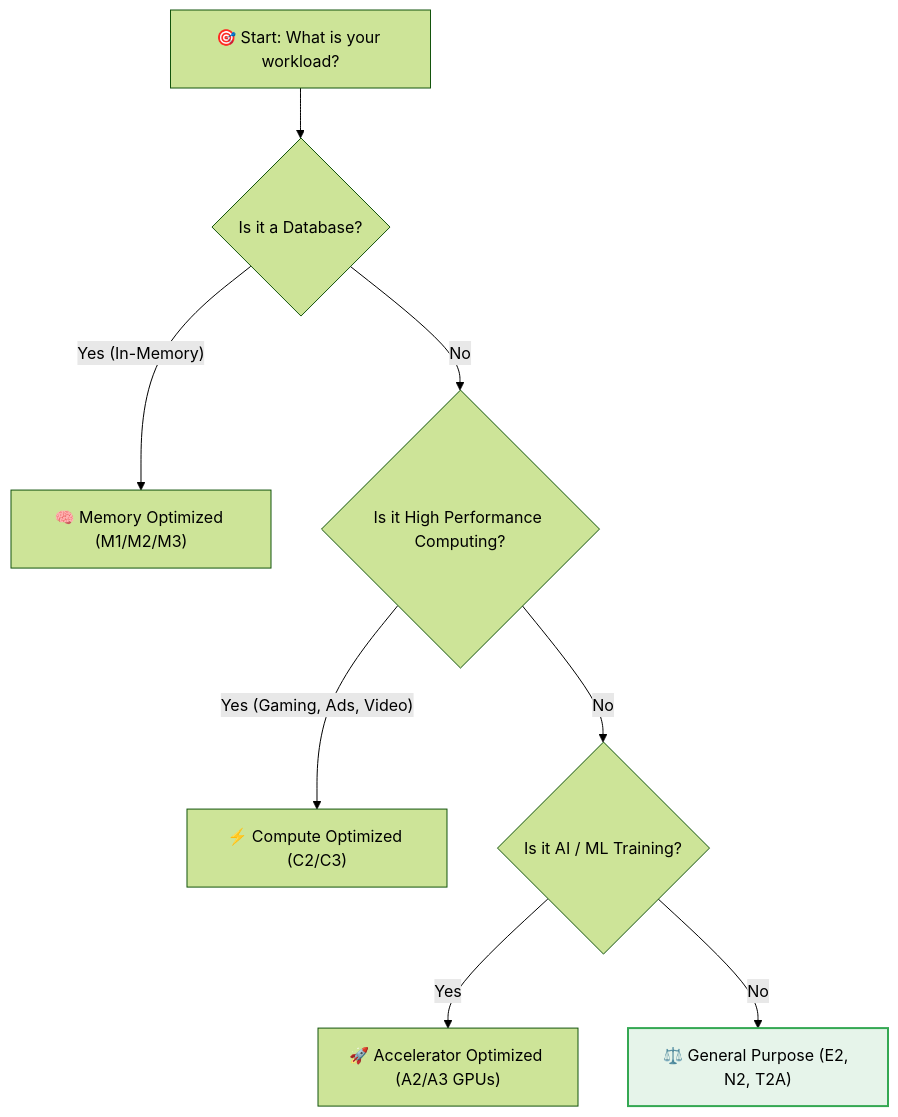
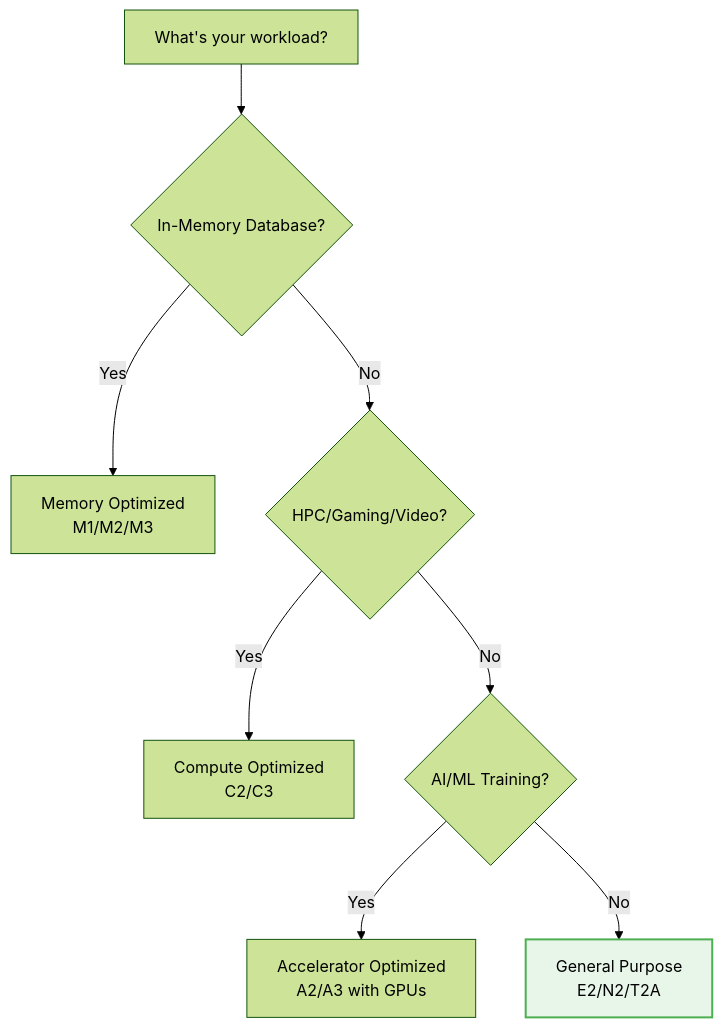
Before and after one commit to jyothivempa/gcp-study-plan: the first of 3 diagrams in curriculum/content/section_4_compute_engine.md, drawn with Mermaid (forest theme). The commit also changed other lines of this file and 84 other files, not shown here.

````diff
--- a/curriculum/content/section_4_compute_engine.md
+++ b/curriculum/content/section_4_compute_engine.md
@@ -23,12 +56,14 @@
 ```mermaid
-graph TD
-    Start["🎯 Start: What is your workload?"] --> Q1{"Is it a Database?"}
-    Q1 -- "Yes (In-Memory)" --> M["🧠 Memory Optimized (M1/M2/M3)"]
-    Q1 -- "No" --> Q2{"Is it High Performance Computing?"}
-    Q2 -- "Yes (Gaming, Ads, Video)" --> C["⚡ Compute Optimized (C2/C3)"]
-    Q2 -- "No" --> Q3{"Is it AI / ML Training?"}
-    Q3 -- "Yes" --> A["🚀 Accelerator Optimized (A2/A3 GPUs)"]
-    Q3 -- "No" --> E["⚖️ General Purpose (E2, N2, T2A)"]
+flowchart TD
+    A[What's your workload?] --> B{In-Memory Database?}
+    B -->|Yes| M[Memory Optimized<br/>M1/M2/M3]
+    B -->|No| C{HPC/Gaming/Video?}
     
-    style E fill:#e6f4ea,stroke:#34a853,stroke-width:2px
+    C -->|Yes| CO[Compute Optimized<br/>C2/C3]
+    C -->|No| D{AI/ML Training?}
+    
+    D -->|Yes| ACC[Accelerator Optimized<br/>A2/A3 with GPUs]
+    D -->|No| GP[General Purpose<br/>E2/N2/T2A]
+    
+    style GP fill:#e8f5e9,stroke:#4caf50,stroke-width:2px
 ```
````
